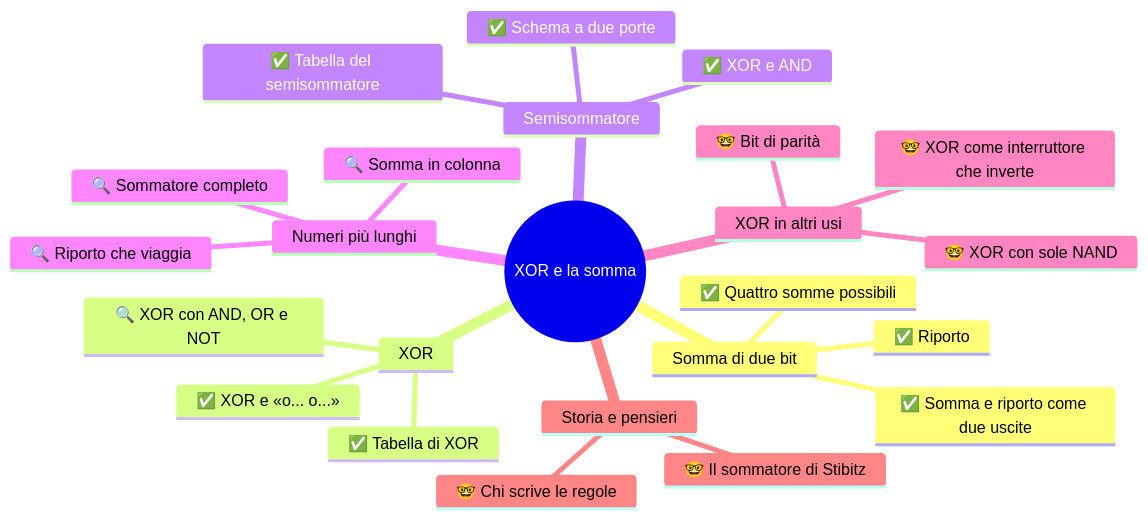
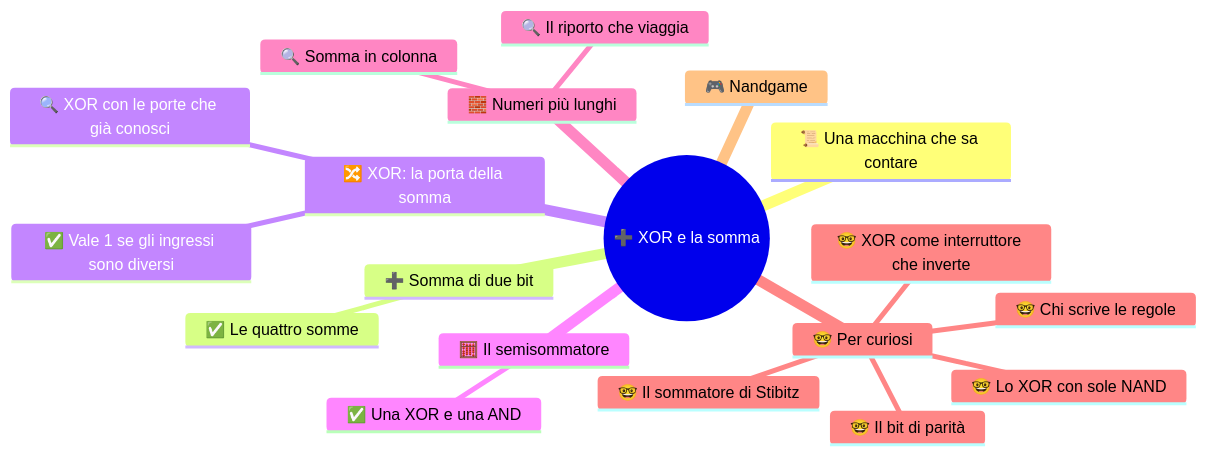
Before and after one commit to Neeqstock/dispense-caramuel: the diagram in 1CI - Informatica/2 NOV-DIC/Allegati/1ci-nov-dic-s5-xor-e-la-somma-mappa-html-1.mmd, drawn with Mermaid. The commit also changed 56 other files, not shown here.

```diff
--- a/1CI - Informatica/2 NOV-DIC/Allegati/1ci-nov-dic-s5-xor-e-la-somma-mappa-html-1.mmd
+++ b/1CI - Informatica/2 NOV-DIC/Allegati/1ci-nov-dic-s5-xor-e-la-somma-mappa-html-1.mmd
@@ -1,25 +1,20 @@
 mindmap
-  root((XOR e la somma))
-    Somma di due bit
-      ✅ Quattro somme possibili
-      ✅ Riporto
-      ✅ Somma e riporto come due uscite
-    XOR
-      ✅ Tabella di XOR
-      ✅ XOR e «o... o...»
-      🔍 XOR con AND, OR e NOT
-    Semisommatore
-      ✅ XOR e AND
-      ✅ Tabella del semisommatore
-      ✅ Schema a due porte
-    Numeri più lunghi
+  root((➕ XOR e la somma))
+    📜 Una macchina che sa contare
+    ➕ Somma di due bit
+      ✅ Le quattro somme
+    🔀 XOR: la porta della somma
+      ✅ Vale 1 se gli ingressi sono diversi
+      🔍 XOR con le porte che già conosci
+    🧮 Il semisommatore
+      ✅ Una XOR e una AND
+    🧱 Numeri più lunghi
       🔍 Somma in colonna
-      🔍 Riporto che viaggia
-      🔍 Sommatore completo
-    XOR in altri usi
-      🤓 Bit di parità
+      🔍 Il riporto che viaggia
+    🤓 Per curiosi
+      🤓 Il bit di parità
       🤓 XOR come interruttore che inverte
-      🤓 XOR con sole NAND
-    Storia e pensieri
+      🤓 Lo XOR con sole NAND
       🤓 Il sommatore di Stibitz
       🤓 Chi scrive le regole
+    🎮 Nandgame
```
